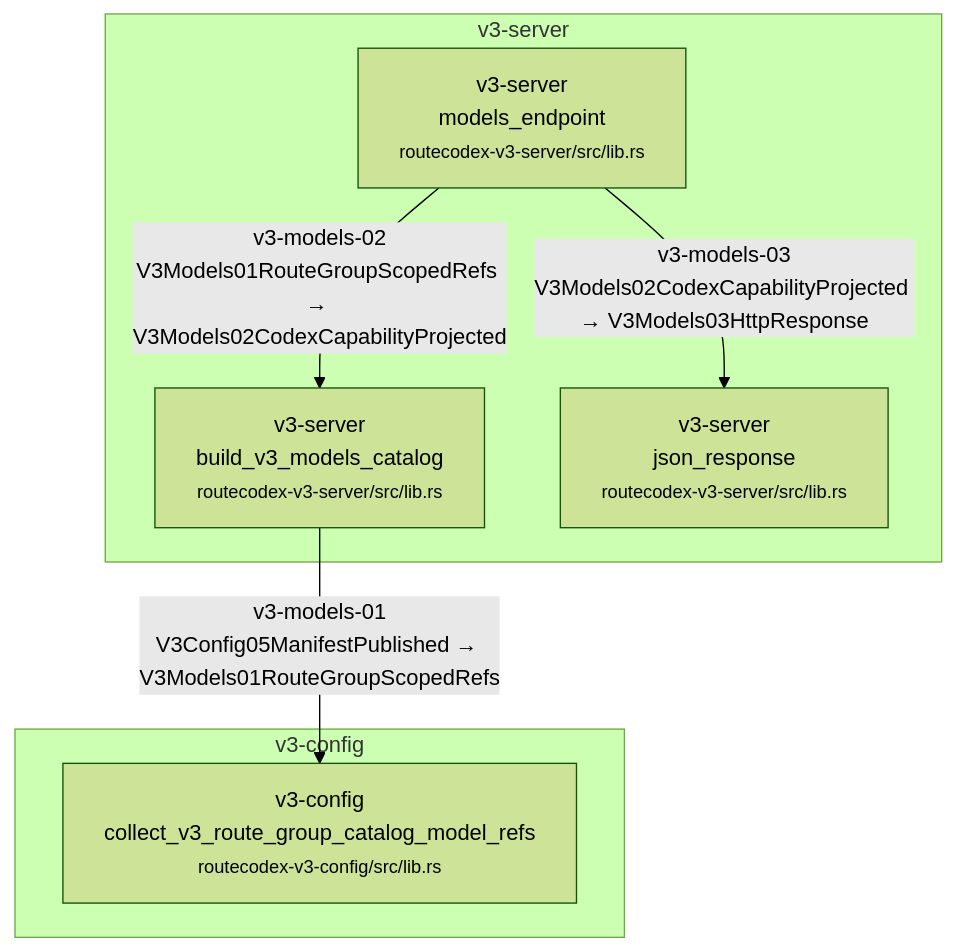
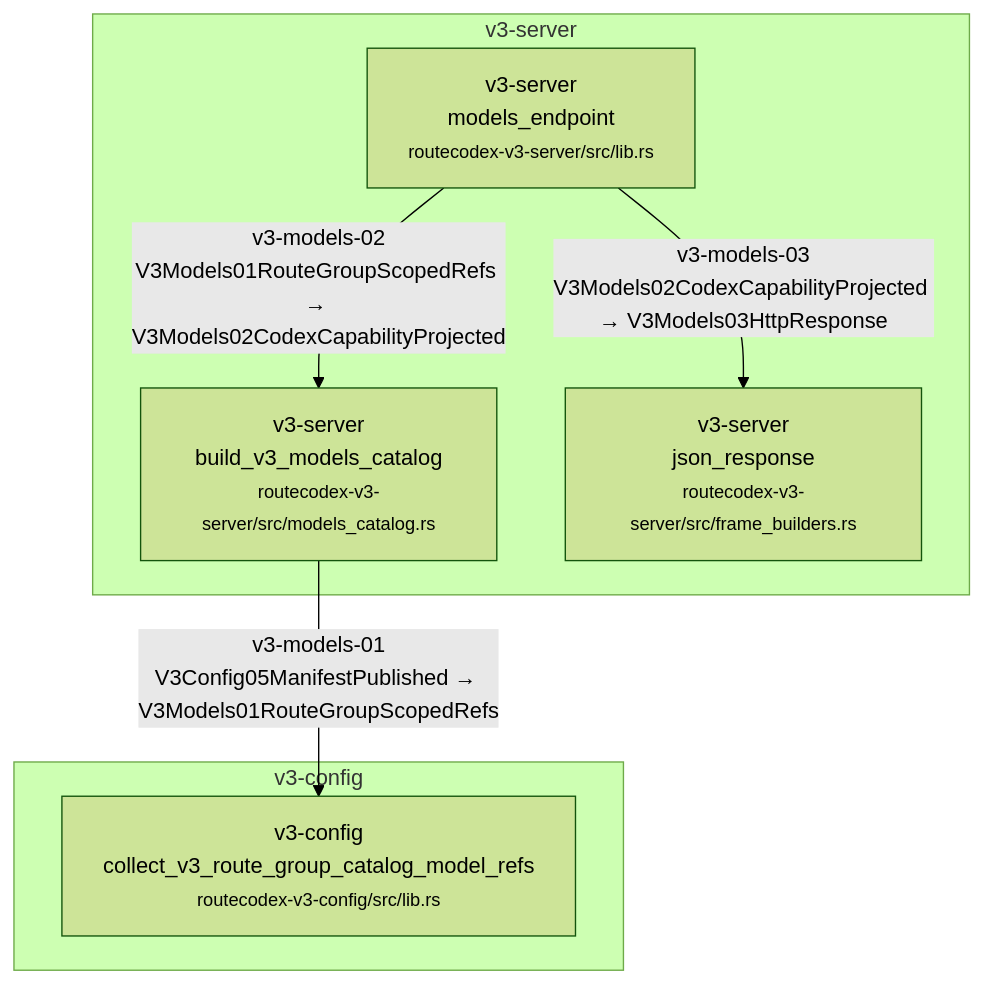
Before and after one commit to Jasonzhangf/routecodex: the eighth of 58 diagrams in docs/architecture/wiki/v3-mainline-caller-flow.md, drawn with Mermaid (forest theme). The commit also changed other lines of this file and 15 other files, not shown here.

````diff
--- a/docs/architecture/wiki/v3-mainline-caller-flow.md
+++ b/docs/architecture/wiki/v3-mainline-caller-flow.md
@@ -336,14 +336,14 @@
 ```mermaid
 flowchart TD
   subgraph c_6_v3_models_capability_catalog_m_v3_config["v3-config"]
     c_6_v3_models_capability_catalog_1["v3-config<br/>collect_v3_route_group_catalog_model_refs<br/><small>routecodex-v3-config/src/lib.rs</small>"]
   end
   subgraph c_6_v3_models_capability_catalog_m_v3_server["v3-server"]
-    c_6_v3_models_capability_catalog_0["v3-server<br/>build_v3_models_catalog<br/><small>routecodex-v3-server/src/lib.rs</small>"]
+    c_6_v3_models_capability_catalog_0["v3-server<br/>build_v3_models_catalog<br/><small>routecodex-v3-server/src/models_catalog.rs</small>"]
     c_6_v3_models_capability_catalog_2["v3-server<br/>models_endpoint<br/><small>routecodex-v3-server/src/lib.rs</small>"]
-    c_6_v3_models_capability_catalog_3["v3-server<br/>json_response<br/><small>routecodex-v3-server/src/lib.rs</small>"]
+    c_6_v3_models_capability_catalog_3["v3-server<br/>json_response<br/><small>routecodex-v3-server/src/frame_builders.rs</small>"]
   end
   c_6_v3_models_capability_catalog_0 -->|v3-models-01<br/>V3Config05ManifestPublished → V3Models01RouteGroupScopedRefs| c_6_v3_models_capability_catalog_1
   c_6_v3_models_capability_catalog_2 -->|v3-models-02<br/>V3Models01RouteGroupScopedRefs → V3Models02CodexCapabilityProjected| c_6_v3_models_capability_catalog_0
   c_6_v3_models_capability_catalog_2 -->|v3-models-03<br/>V3Models02CodexCapabilityProjected → V3Models03HttpResponse| c_6_v3_models_capability_catalog_3
 ```
````
